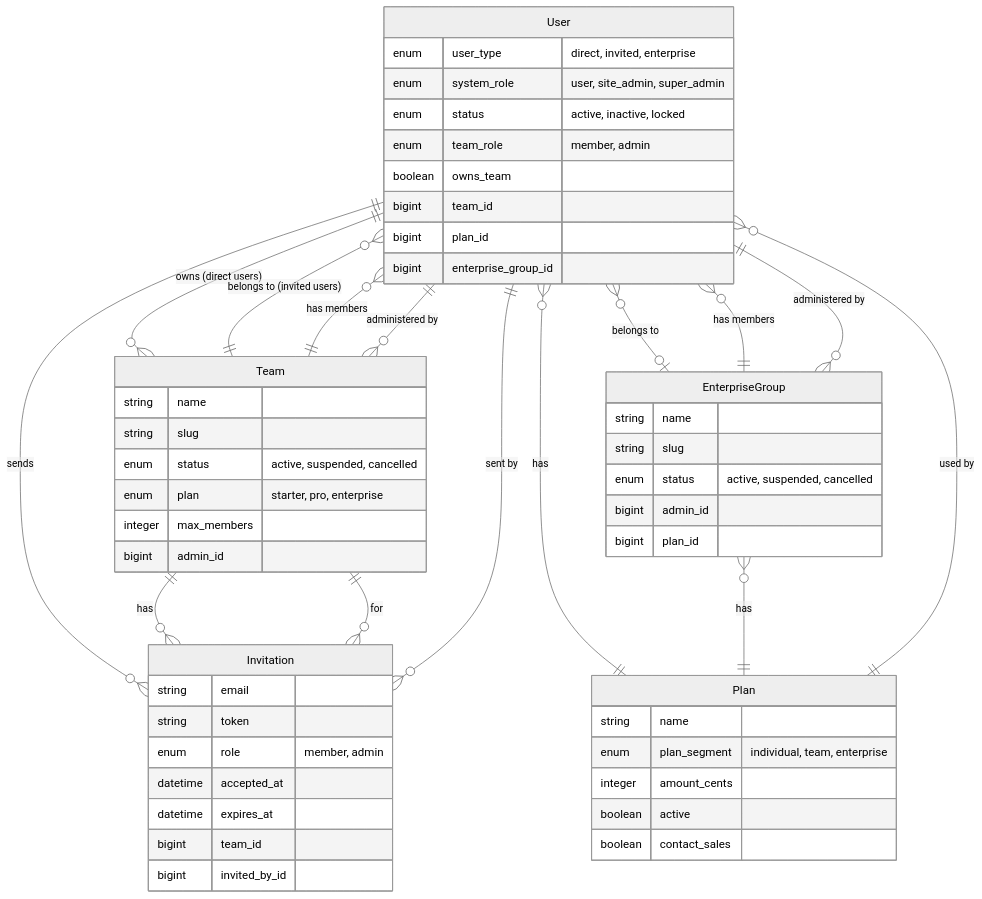
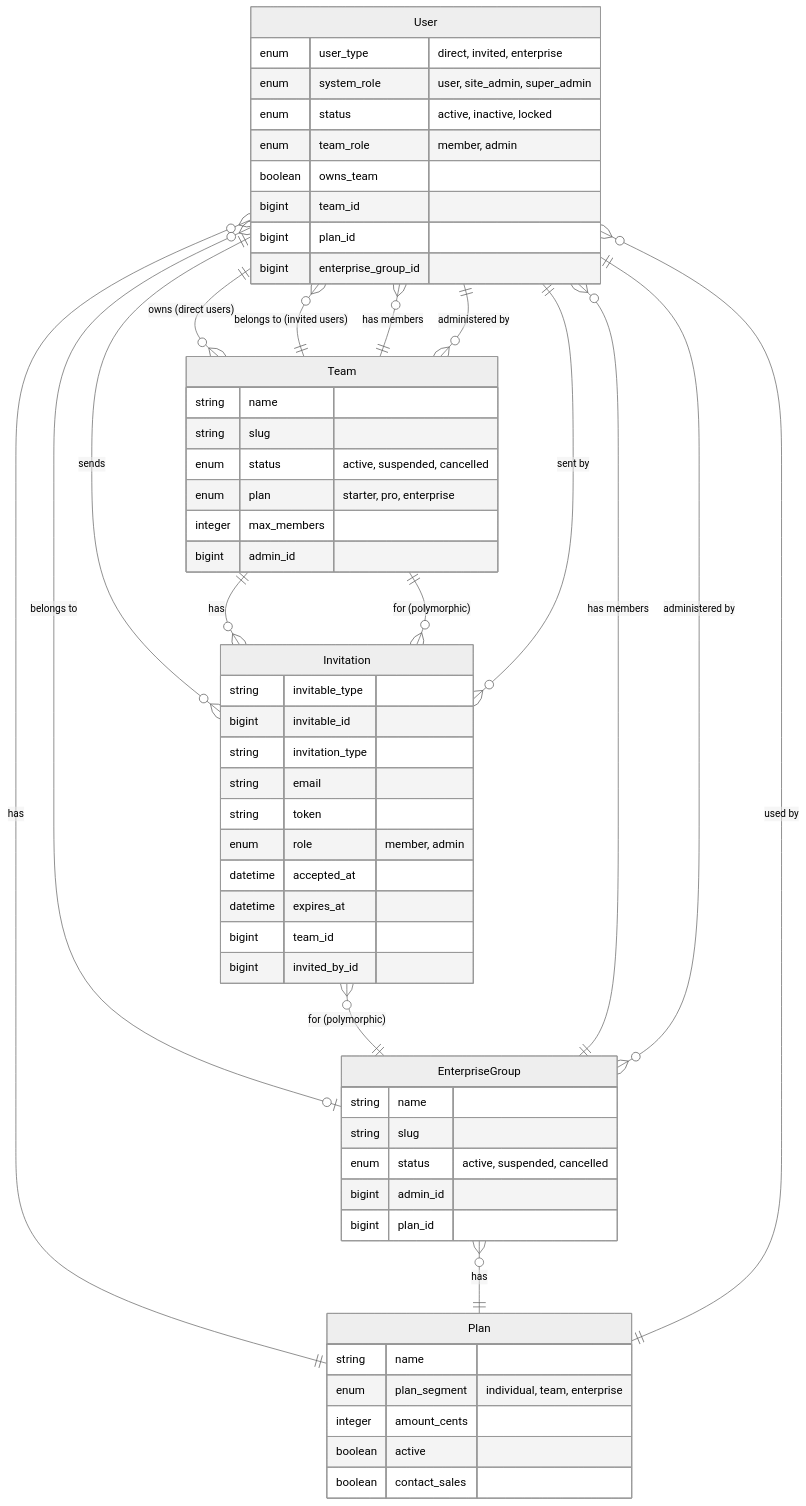
The second of 8 diagrams in docs/architecture_diagram.md (ashack/portfolio), drawn with Mermaid (neutral theme) before and after one commit. The commit also changed other lines of this file and 56 other files, not shown here.

````diff
--- a/docs/architecture_diagram.md
+++ b/docs/architecture_diagram.md
@@ -69,67 +73,71 @@
 ```mermaid
 erDiagram
     User ||--o{ Team : "owns (direct users)"
     User }o--|| Team : "belongs to (invited users)"
     User ||--o{ Invitation : "sends"
     User }o--|| Plan : "has"
     User }o--o| EnterpriseGroup : "belongs to"
     
     Team ||--o{ User : "has members"
     Team ||--o{ Invitation : "has"
     Team }o--|| User : "administered by"
     
-    Invitation }o--|| Team : "for"
+    Invitation }o--|| Team : "for (polymorphic)"
+    Invitation }o--|| EnterpriseGroup : "for (polymorphic)"
     Invitation }o--|| User : "sent by"
     
     Plan ||--o{ User : "used by"
     
     EnterpriseGroup ||--o{ User : "has members"
     EnterpriseGroup }o--|| User : "administered by"
     EnterpriseGroup }o--|| Plan : "has"
 
     User {
         enum user_type "direct, invited, enterprise"
         enum system_role "user, site_admin, super_admin"
         enum status "active, inactive, locked"
         enum team_role "member, admin"
         boolean owns_team
         bigint team_id
         bigint plan_id
         bigint enterprise_group_id
     }
     
     Team {
         string name
         string slug
         enum status "active, suspended, cancelled"
         enum plan "starter, pro, enterprise"
         integer max_members
         bigint admin_id
     }
     
     Invitation {
+        string invitable_type
+        bigint invitable_id
+        string invitation_type
         string email
         string token
         enum role "member, admin"
         datetime accepted_at
         datetime expires_at
         bigint team_id
         bigint invited_by_id
     }
     
     Plan {
         string name
         enum plan_segment "individual, team, enterprise"
         integer amount_cents
         boolean active
         boolean contact_sales
     }
     
     EnterpriseGroup {
         string name
         string slug
         enum status "active, suspended, cancelled"
         bigint admin_id
         bigint plan_id
     }
 ```
````
